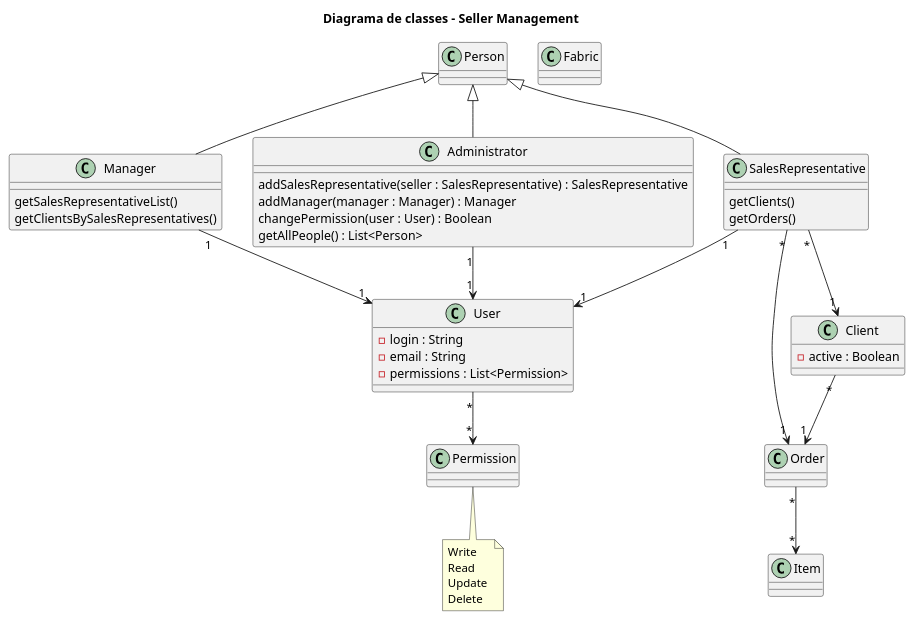
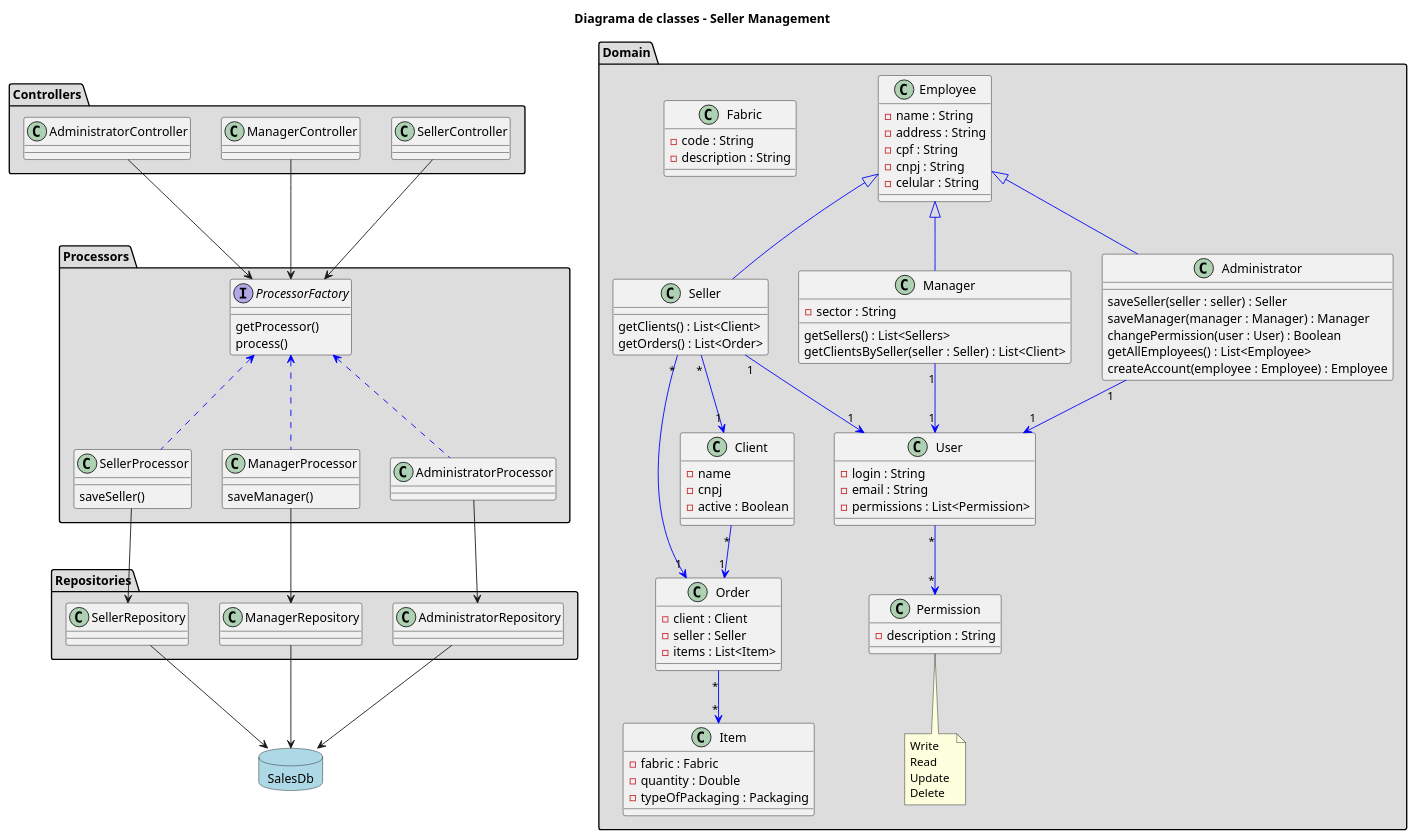
The diagram in docs/diagrama_de_classes.wsd (renatabrasil/ninja-fabric-sail), drawn with PlantUML before and after one commit. The commit also changed 5 other files, not shown here.

Commit message:
Adicao dos diagramas do modelo

```diff
--- a/docs/diagrama_de_classes.wsd
+++ b/docs/diagrama_de_classes.wsd
@@ -1,71 +1,142 @@
 @startuml
     title Diagrama de classes - Seller Management
 
-    class Permission {
-
+    package Domain #DDDDDD {
+        class Permission {
+        - description : String
     }
 
     note bottom of Permission : Write \nRead \nUpdate \nDelete
 
     class User {
         - login : String 
         - email : String
         - permissions : List<Permission>
     }
 
     class Order {
+        - client : Client
+        - seller : Seller
+        - items : List<Item>
+    }
+
+    class Client {
+        - name
+        - cnpj
+        - active : Boolean
+    }
+
+    class Employee {
+        - name : String
+        - address : String
+        - cpf : String
+        - cnpj : String
+        - celular : String
 
     }
 
-    
-
-    class Client {
-        - active : Boolean
-    }
-
-    class Person {
-
-    }
-
-    class SalesRepresentative {
+    class Seller {
         
-        getClients()
-        getOrders()
+        getClients() : List<Client>
+        getOrders() : List<Order>
     }
 
     class Manager {
-        getSalesRepresentativeList()
-        getClientsBySalesRepresentatives()
+        - sector : String
+        getSellers() : List<Sellers>
+        getClientsBySeller(seller : Seller) : List<Client>
     }
 
     class Administrator {
-        addSalesRepresentative(seller : SalesRepresentative) : SalesRepresentative
-        addManager(manager : Manager) : Manager
+        saveSeller(seller : seller) : Seller
+        saveManager(manager : Manager) : Manager
         changePermission(user : User) : Boolean
-        getAllPeople() : List<Person>
+        getAllEmployees() : List<Employee>
+        createAccount(employee : Employee) : Employee
     }
 
     class Item {
-
+        - fabric : Fabric
+        - quantity : Double
+        - typeOfPackaging : Packaging
     }
 
     class Fabric {
-
+        - code : String
+        - description : String
     }
 
-    Person <|-- SalesRepresentative
-    Person <|-- Manager
-    Person <|-- Administrator
-    SalesRepresentative "1" --> "1" User
-    Manager "1" --> "1" User
-    Administrator "1" --> "1" User
+    Employee <|-- Seller #line:blue
+    Employee <|-- Manager #line:blue
+    Employee <|-- Administrator #line:blue
+    Seller "1" --> "1" User #line:blue
+    Manager "1" --> "1" User #line:blue
+    Administrator "1" --> "1" User #line:blue
     
-    User "*" --> "*" Permission
+    User "*" --> "*" Permission #line:blue
 
-    SalesRepresentative "*" --> "1" Client
-    SalesRepresentative "*" --> "1" Order
-    Order "*" --> "*" Item
-    Client "*" --> "1" Order
+    Seller "*" --> "1" Client #line:blue
+    Seller "*" --> "1" Order #line:blue
+    Order "*" --> "*" Item #line:blue
+    Client "*" --> "1" Order #line:blue
+}
+
+package Controllers #DDDDDD {
+
+    class SellerController{
+        
+    }
+    class ManagerController {}
+    class AdministratorController {}
+
+}
+
+package Processors #DDDDDD {
+
+    interface ProcessorFactory {
+        getProcessor()
+        process()
+    }
+
+    class SellerProcessor{
+        saveSeller()
+    }
+    class ManagerProcessor {
+        saveManager()
+    }
+    class AdministratorProcessor {
+        
+    }
+
+}
+
+package Repositories #DDDDDD {
+
+    class SellerRepository{}
+    class ManagerRepository {}
+    class AdministratorRepository {}
+
+}
+
+package SalesDb <<Database>> #LightBlue {
+  
+}
+
+SellerProcessor --> SellerRepository
+ManagerProcessor --> ManagerRepository
+AdministratorProcessor --> AdministratorRepository
+
+ProcessorFactory <.. SellerProcessor #line:blue
+ProcessorFactory <.. ManagerProcessor #line:blue
+ProcessorFactory <.. AdministratorProcessor #line:blue
+
+SellerRepository --> SalesDb
+ManagerRepository --> SalesDb
+AdministratorRepository --> SalesDb
+
+SellerController --> ProcessorFactory
+ManagerController --> ProcessorFactory
+AdministratorController --> ProcessorFactory
     
     
 @enduml
```
